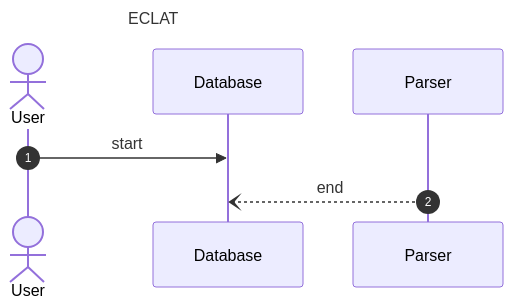
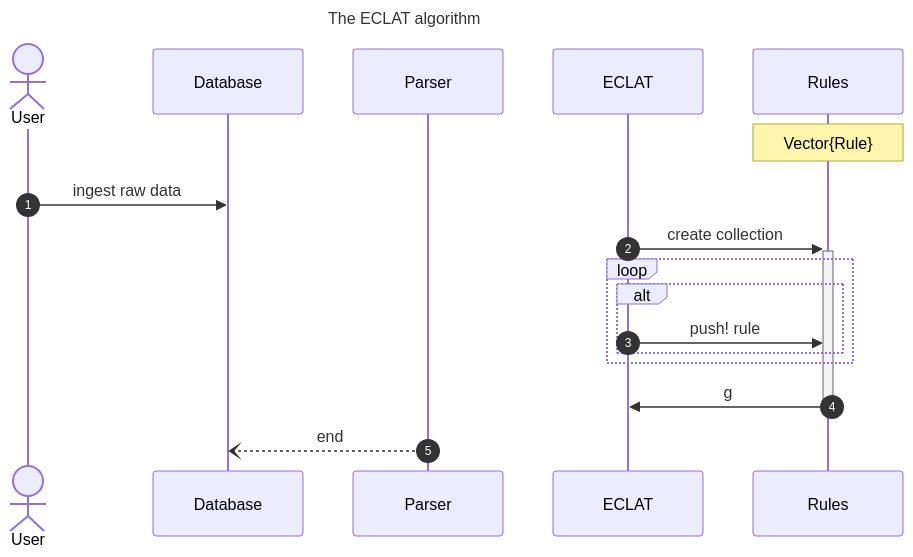
Before and after one commit to DopedCow/FrequentPatterns.jl: the second of 2 diagrams in docs/eclat.md, drawn with Mermaid. The commit also changed other lines of this file and 5 other files, not shown here.

````diff
--- a/docs/eclat.md
+++ b/docs/eclat.md
@@ -19,12 +36,23 @@
 ```mermaid
 sequenceDiagram
     autonumber
-    title ECLAT
+    title The ECLAT algorithm
 
     actor u as User
     participant db as Database
     participant p as Parser
+    participant e as ECLAT
+    participant r as Rules
 
-    u ->> db : start
+    Note over r : Vector{Rule}
+
+    u ->> db : ingest raw data
+    e ->>+ r : create collection
+    loop
+    alt
+        e ->> r : push! rule
+    end
+    end
+    r ->>- e : g
     p --) db : end
 ```
````
